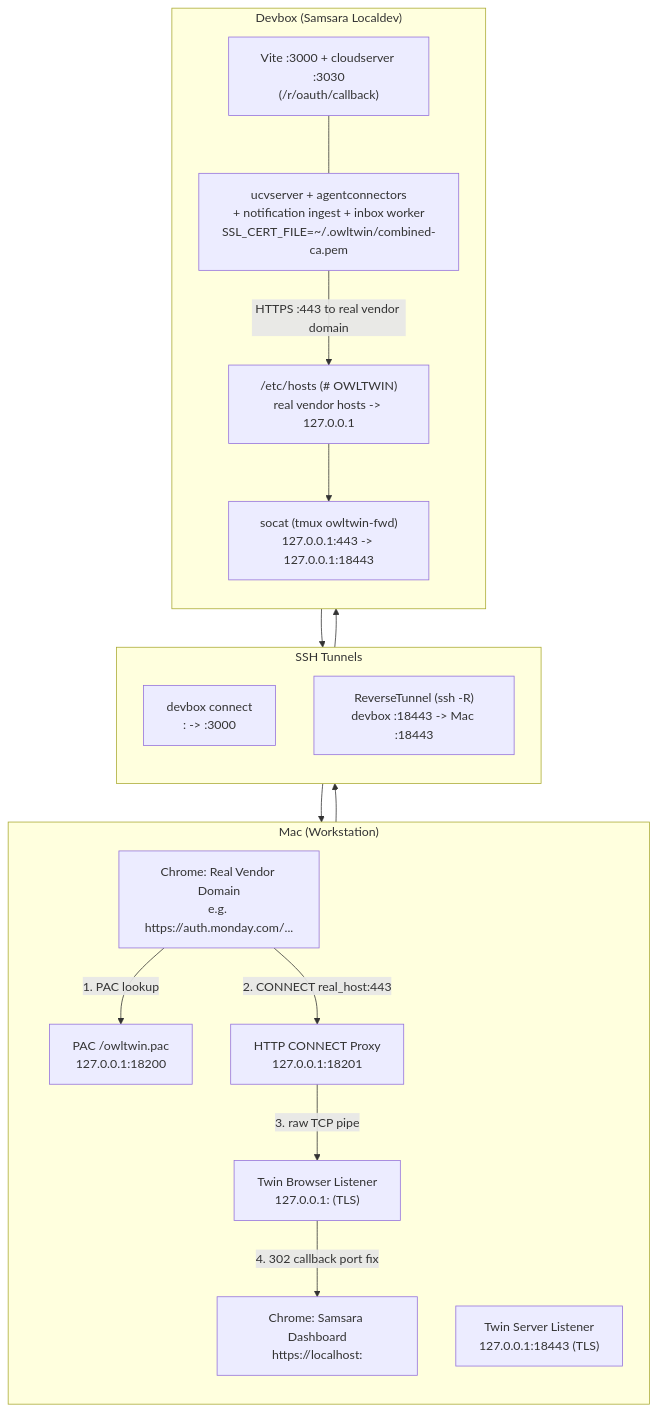
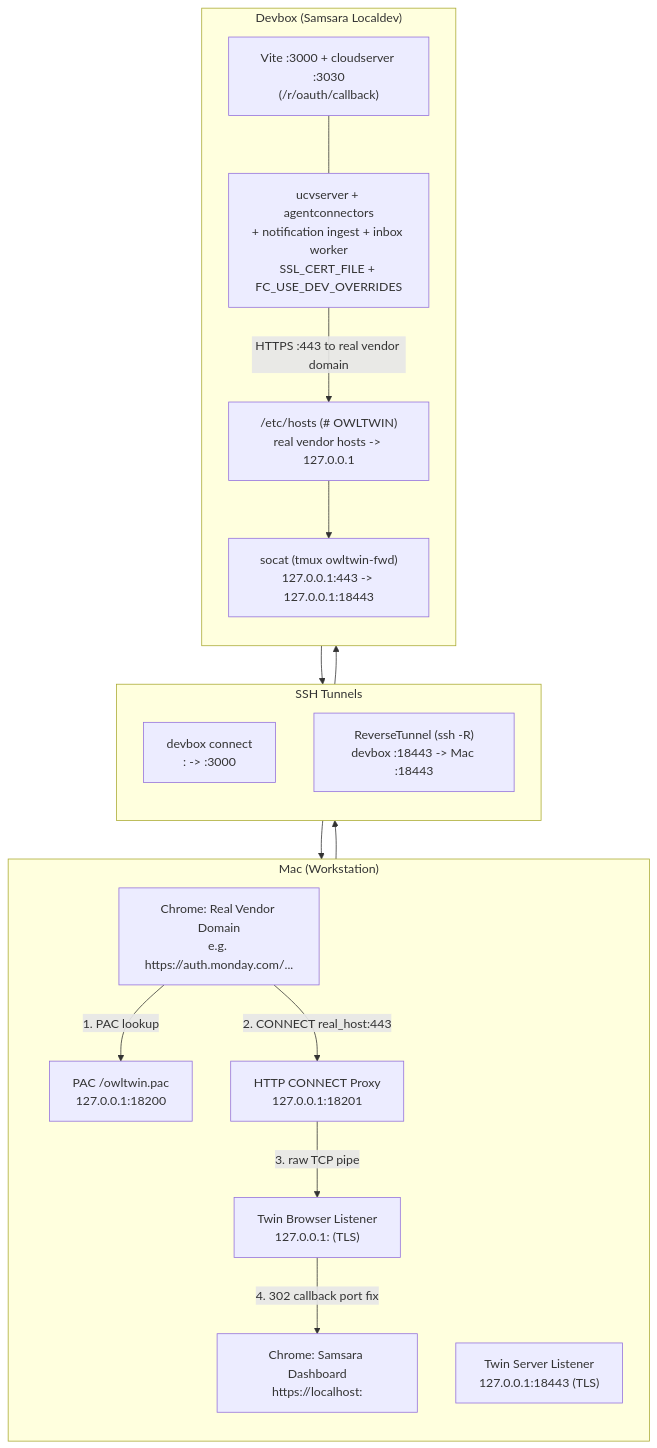
The first of 5 diagrams in docs/overview.md (bartosz-jasak-samsara/owlauthtwin-local-notification), drawn with Mermaid before and after one commit. The commit also changed other lines of this file and 6 other files, not shown here.

First line of the commit message:
Keep FC_USE_DEV_OVERRIDES; drop the curated FC allowlist

````diff
--- a/docs/overview.md
+++ b/docs/overview.md
@@ -22,38 +22,38 @@
 ```mermaid
 flowchart TB
   subgraph Mac["Mac (Workstation)"]
     direction TB
     ChromeDash["Chrome: Samsara Dashboard\nhttps://localhost:<port>"]
     ChromeOAuth["Chrome: Real Vendor Domain\ne.g. https://auth.monday.com/..."]
     PAC["PAC /owltwin.pac\n127.0.0.1:18200"]
     Proxy["HTTP CONNECT Proxy\n127.0.0.1:18201"]
     TwinB["Twin Browser Listener\n127.0.0.1:<free_port> (TLS)"]
     TwinS["Twin Server Listener\n127.0.0.1:18443 (TLS)"]
 
     ChromeOAuth -- "1. PAC lookup" --> PAC
     ChromeOAuth -- "2. CONNECT real_host:443" --> Proxy
     Proxy -- "3. raw TCP pipe" --> TwinB
     TwinB -- "4. 302 callback port fix" --> ChromeDash
   end
 
   subgraph Tunnels["SSH Tunnels"]
     direction TB
     DevConnect["devbox connect\n:<port> -> :3000"]
     RevSSH["ReverseTunnel (ssh -R)\ndevbox :18443 -> Mac :18443"]
   end
 
   subgraph Devbox["Devbox (Samsara Localdev)"]
     direction TB
     Dashboard["Vite :3000 + cloudserver :3030\n(/r/oauth/callback)"]
-    Backend["ucvserver + agentconnectors\n+ notification ingest + inbox worker\nSSL_CERT_FILE=~/.owltwin/combined-ca.pem"]
+    Backend["ucvserver + agentconnectors\n+ notification ingest + inbox worker\nSSL_CERT_FILE + FC_USE_DEV_OVERRIDES"]
     Hosts["/etc/hosts (# OWLTWIN)\nreal vendor hosts -> 127.0.0.1"]
     Socat["socat (tmux owltwin-fwd)\n127.0.0.1:443 -> 127.0.0.1:18443"]
 
     Dashboard --- Backend
     Backend -- "HTTPS :443 to real vendor domain" --> Hosts
     Hosts --> Socat
   end
 
   ChromeDash --> DevConnect --> Dashboard
   Socat --> RevSSH --> TwinS
 ```
````
